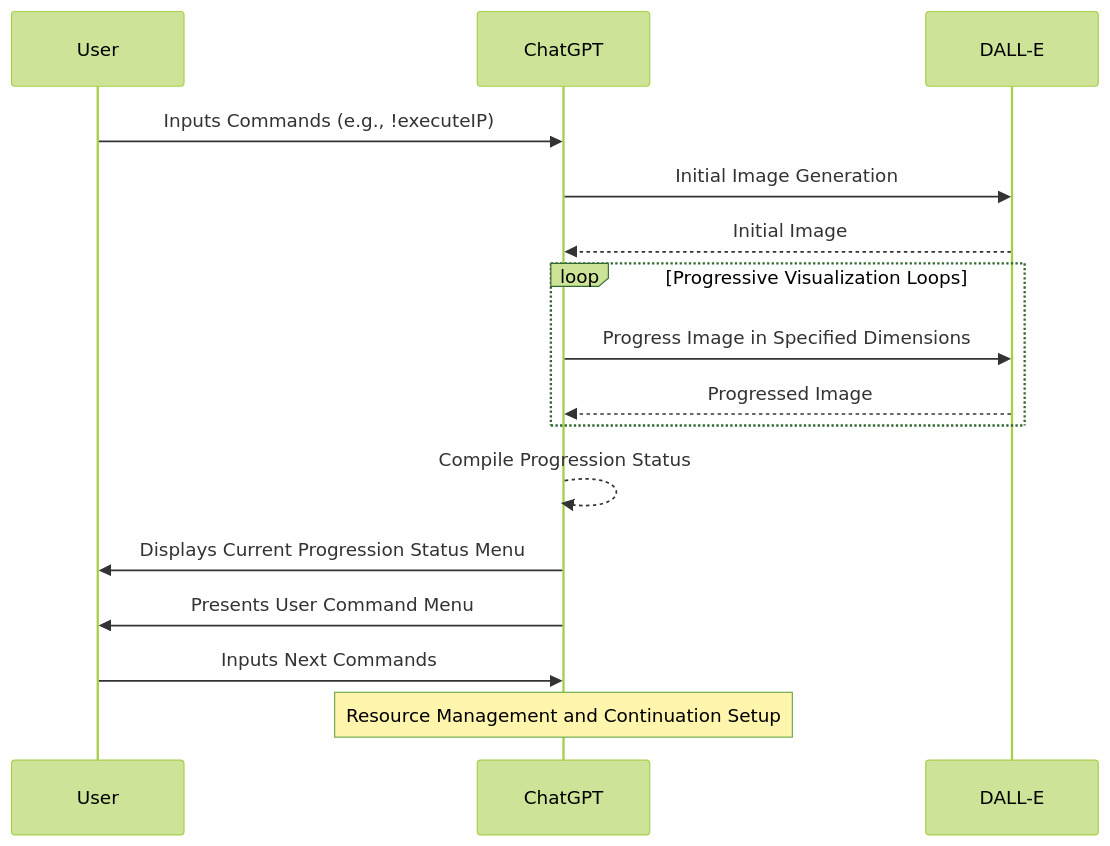
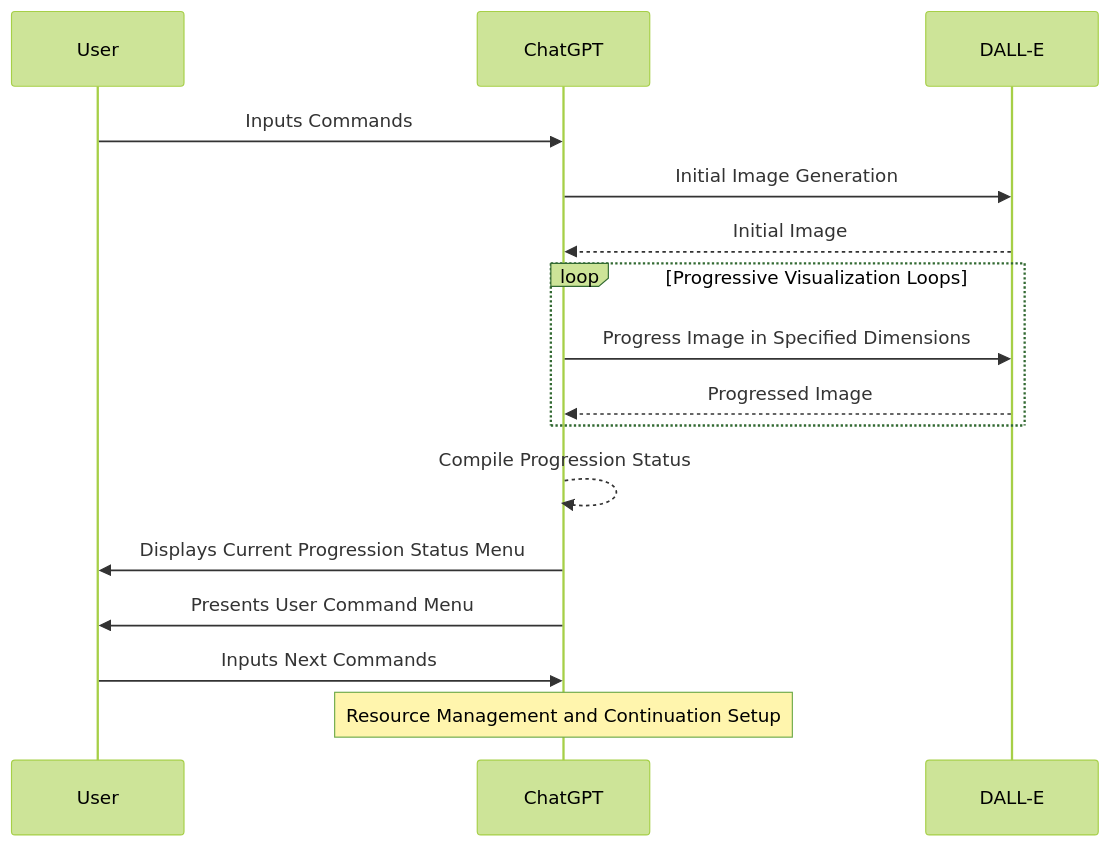
The first of 10 diagrams in README.md (nerority/Advanced-GPTs), drawn with Mermaid (forest theme) before and after one commit.

````diff
--- a/README.md
+++ b/README.md
@@ -117,19 +117,19 @@
 ```mermaid
 sequenceDiagram
     participant User
     participant ChatGPT
     participant DallE as DALL-E
 
-    User->>ChatGPT: Inputs Commands (e.g., !executeIP)
+    User->>ChatGPT: Inputs Commands
     ChatGPT->>DallE: Initial Image Generation
     DallE-->>ChatGPT: Initial Image
     loop Progressive Visualization Loops
         ChatGPT->>DallE: Progress Image in Specified Dimensions
         DallE-->>ChatGPT: Progressed Image
     end
     ChatGPT-->>ChatGPT: Compile Progression Status
     ChatGPT->>User: Displays Current Progression Status Menu
     ChatGPT->>User: Presents User Command Menu
     User->>ChatGPT: Inputs Next Commands
     Note over ChatGPT: Resource Management and Continuation Setup
 ```
````
